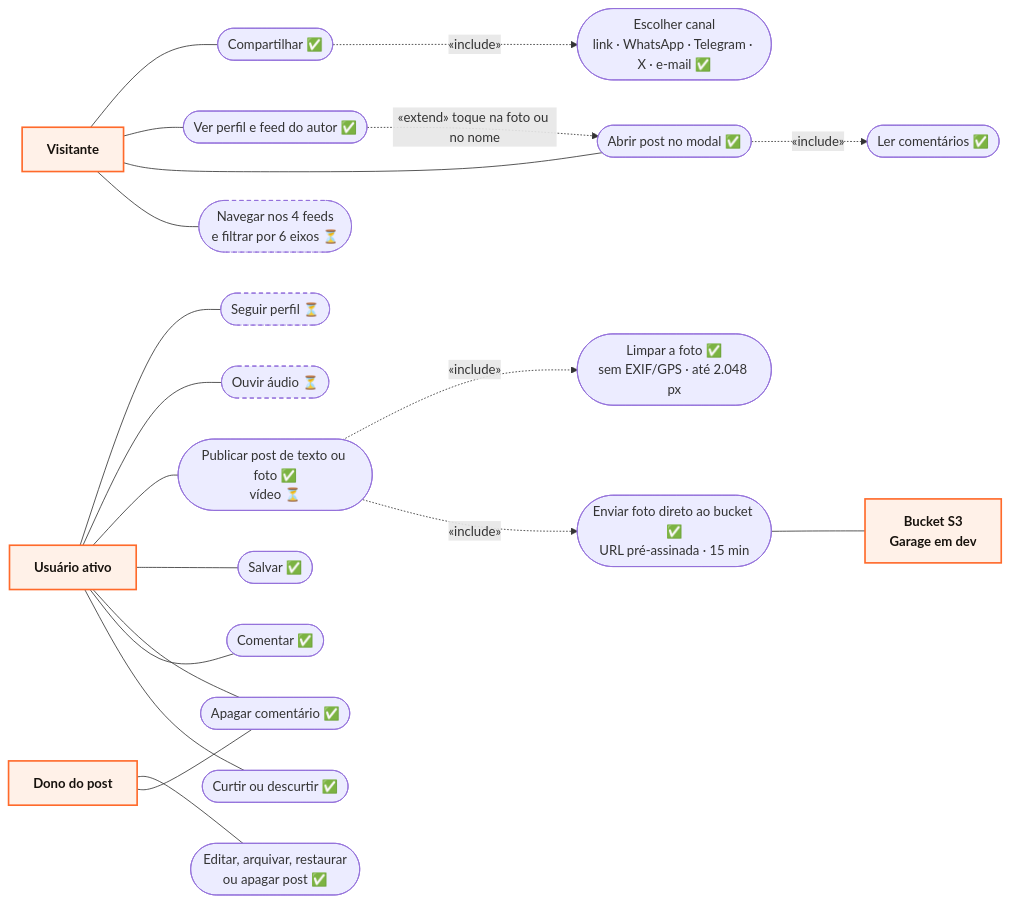
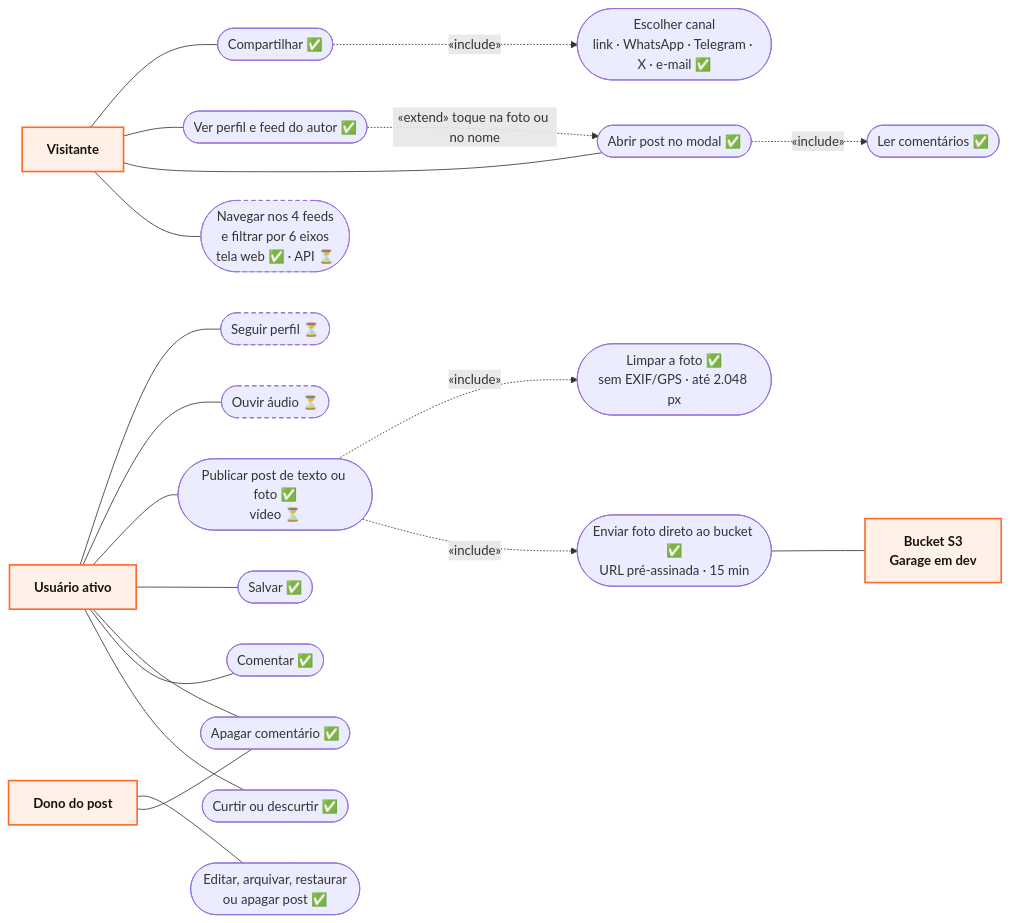
Before and after one commit to MatheusHaliski/orange_social_velion: the fifth of 7 diagrams in docs/DIAGRAMA_CASOS_DE_USO.md, drawn with Mermaid. The commit also changed other lines of this file and 14 other files, not shown here.

````diff
--- a/docs/DIAGRAMA_CASOS_DE_USO.md
+++ b/docs/DIAGRAMA_CASOS_DE_USO.md
@@ -199,37 +199,37 @@
 ```mermaid
 flowchart LR
     VIS["Visitante"]:::actor
     USR["Usuário ativo"]:::actor
     DONO["Dono do post"]:::actor
 
-    FEED(["Navegar nos 4 feeds<br/>e filtrar por 6 eixos ⏳"]):::planned
+    FEED(["Navegar nos 4 feeds<br/>e filtrar por 6 eixos<br/>tela web ✅ · API ⏳"]):::planned
     ABRIR(["Abrir post no modal ✅"])
     AUTOR(["Ver perfil e feed do autor ✅"])
     COMP(["Compartilhar ✅"])
     CURT(["Curtir ou descurtir ✅"])
     COM(["Comentar ✅"])
     APC(["Apagar comentário ✅"])
     SALV(["Salvar ✅"])
     PUB(["Publicar post de texto ou foto ✅<br/>vídeo ⏳"])
     OUV(["Ouvir áudio ⏳"]):::planned
     SEG(["Seguir perfil ⏳"]):::planned
     ARQ(["Editar, arquivar, restaurar<br/>ou apagar post ✅"])
     LER(["Ler comentários ✅"])
     CANAL(["Escolher canal<br/>link · WhatsApp · Telegram · X · e-mail ✅"])
     MID(["Enviar foto direto ao bucket ✅<br/>URL pré-assinada · 15 min"])
     LIMP(["Limpar a foto ✅<br/>sem EXIF/GPS · até 2.048 px"])
     BKT["Bucket S3<br/>Garage em dev"]:::actor
 
     VIS --- FEED & ABRIR & AUTOR & COMP
     USR --- CURT & COM & APC & SALV & PUB & OUV & SEG
     DONO --- APC & ARQ
     ABRIR -. «include» .-> LER
     AUTOR -. «extend» toque na foto ou no nome .-> ABRIR
     COMP -. «include» .-> CANAL
     PUB -. «include» .-> MID
     PUB -. «include» .-> LIMP
     MID --- BKT
 
     classDef actor fill:#FFF1E8,stroke:#FF6A2B,stroke-width:2px,color:#17120D,font-weight:bold
     classDef planned stroke-dasharray:5 4
 ```
````
